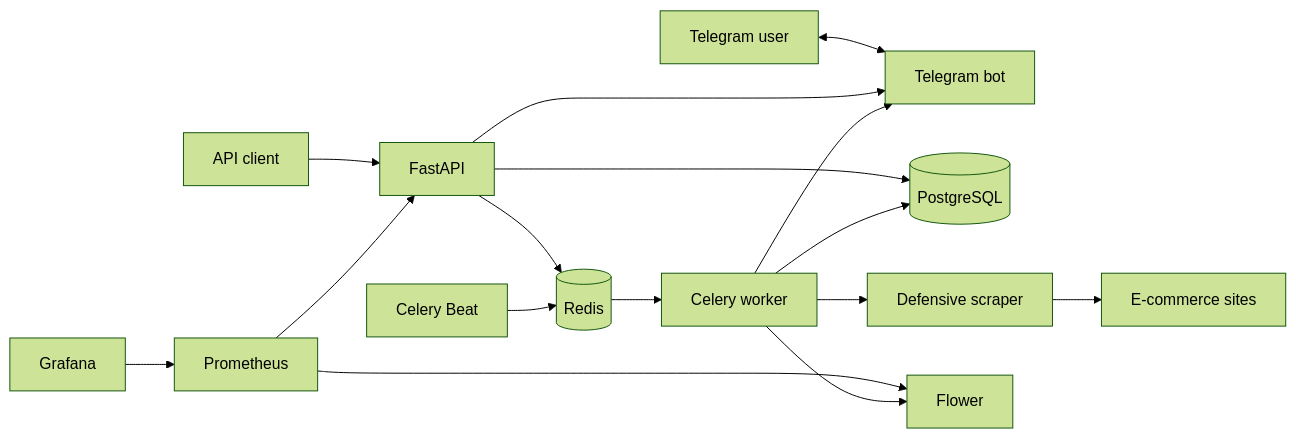
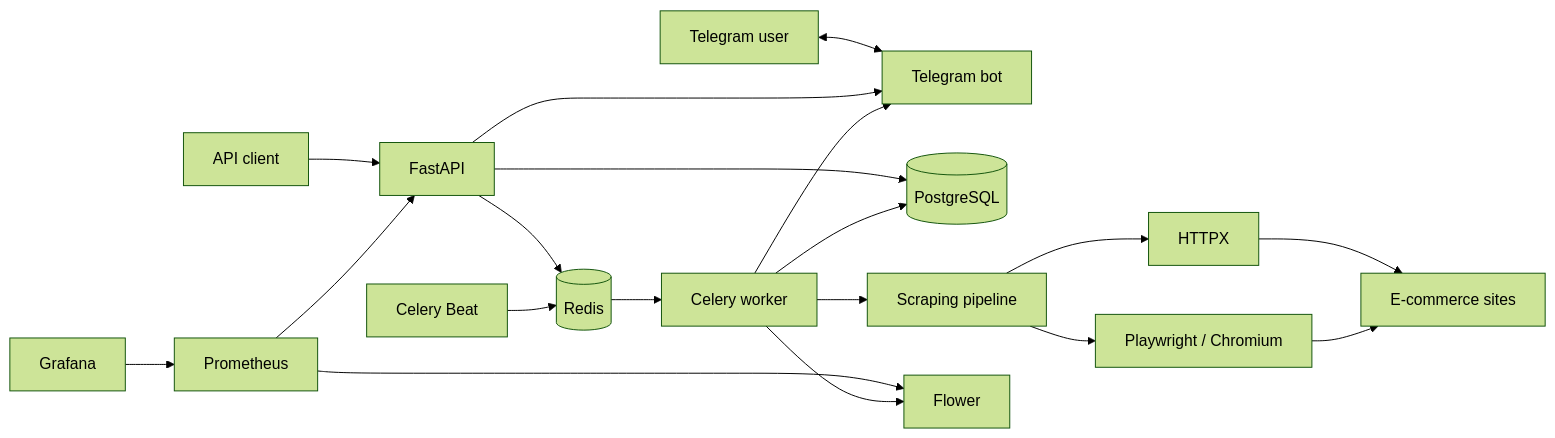
One commit to bohdan-tur/Price-Tracker changed the diagram in README.md. Above: the diagram before and after it, drawn with Mermaid (forest theme). The commit also changed other lines of this file, not shown here.

Commit message:
docs: document Playwright scraping fallback

````diff
--- a/README.md
+++ b/README.md
@@ -32,21 +34,24 @@
 ```mermaid
 flowchart LR
     Client[API client] --> API[FastAPI]
     TelegramUser[Telegram user] <--> Bot[Telegram bot]
 
     API --> DB[(PostgreSQL)]
     API --> Redis[(Redis)]
     API --> Bot
 
     Beat[Celery Beat] --> Redis
     Redis --> Worker[Celery worker]
-    Worker --> Scraper[Defensive scraper]
-    Scraper --> Shops[E-commerce sites]
+    Worker --> Scraper[Scraping pipeline]
+    Scraper --> HTTPX[HTTPX]
+    Scraper --> Browser[Playwright / Chromium]
+    HTTPX --> Shops[E-commerce sites]
+    Browser --> Shops
     Worker --> DB
     Worker --> Bot
 
     Prometheus --> API
     Prometheus --> Flower
     Grafana --> Prometheus
     Worker --> Flower
 ```
````
